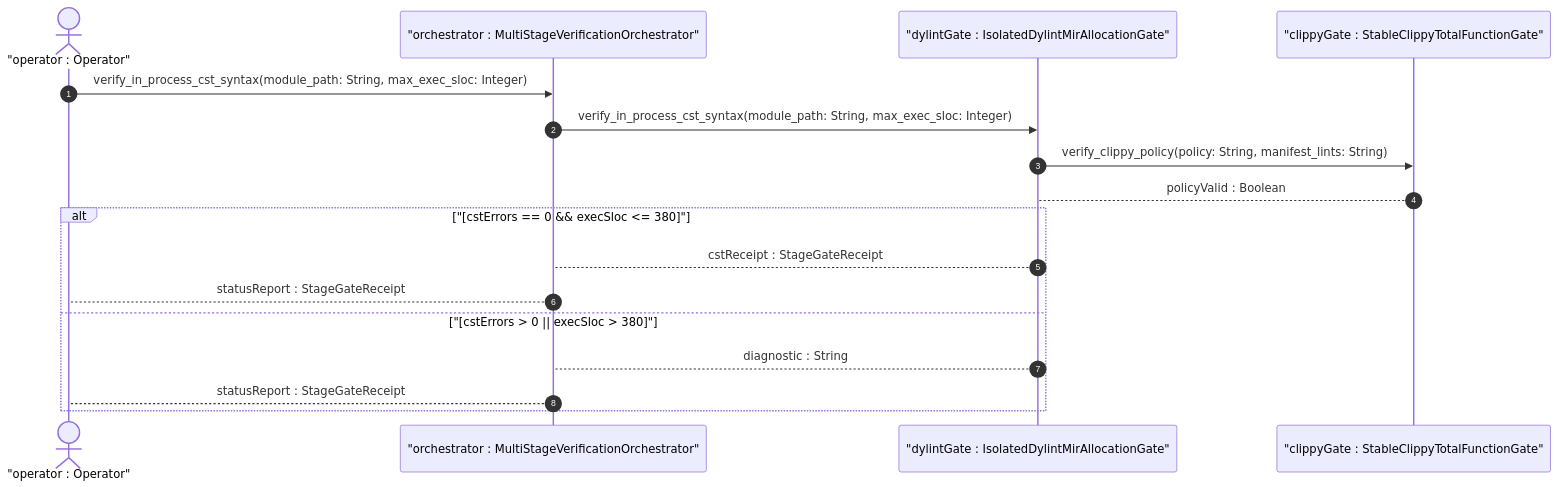
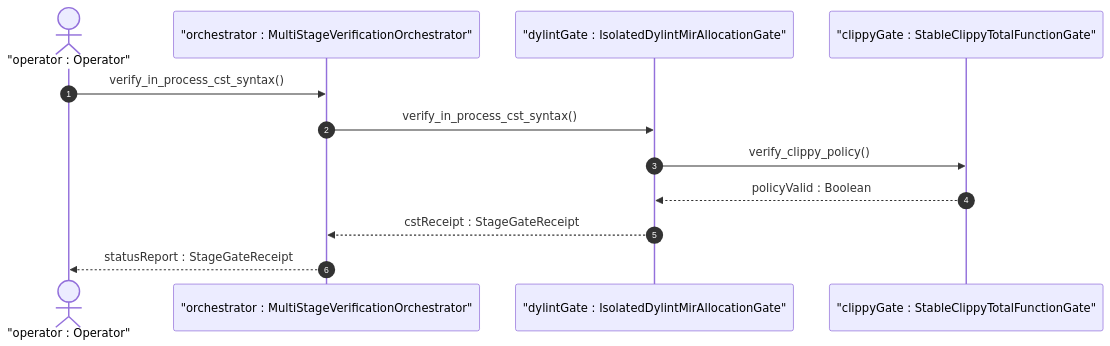
The first of 2 diagrams in .pipeline/upstream/docs/user-stories/US-62-verify_in_process_cst_syntax.md (gintatkinson/DEAP01-spec-core), drawn with Mermaid before and after one commit. The commit also changed other lines of this file and 88 other files, not shown here.

````diff
--- a/.pipeline/upstream/docs/user-stories/US-62-verify_in_process_cst_syntax.md
+++ b/.pipeline/upstream/docs/user-stories/US-62-verify_in_process_cst_syntax.md
@@ -38,19 +38,14 @@
 ```mermaid
 sequenceDiagram
     autonumber
     actor Operator as "operator : Operator"
     participant MultiStageVerificationOrchestrator as "orchestrator : MultiStageVerificationOrchestrator"
     participant IsolatedDylintMirAllocationGate as "dylintGate : IsolatedDylintMirAllocationGate"
     participant StableClippyTotalFunctionGate as "clippyGate : StableClippyTotalFunctionGate"
-    Operator->>MultiStageVerificationOrchestrator: verify_in_process_cst_syntax(module_path: String, max_exec_sloc: Integer)
-    MultiStageVerificationOrchestrator->>IsolatedDylintMirAllocationGate: verify_in_process_cst_syntax(module_path: String, max_exec_sloc: Integer)
-    IsolatedDylintMirAllocationGate->>StableClippyTotalFunctionGate: verify_clippy_policy(policy: String, manifest_lints: String)
-    StableClippyTotalFunctionGate-->IsolatedDylintMirAllocationGate: policyValid : Boolean
-    alt "[cstErrors == 0 && execSloc <= 380]"
-        IsolatedDylintMirAllocationGate-->MultiStageVerificationOrchestrator: cstReceipt : StageGateReceipt
-        MultiStageVerificationOrchestrator-->Operator: statusReport : StageGateReceipt
-    else "[cstErrors > 0 || execSloc > 380]"
-        IsolatedDylintMirAllocationGate-->MultiStageVerificationOrchestrator: diagnostic : String
-        MultiStageVerificationOrchestrator-->Operator: statusReport : StageGateReceipt
-    end
+    Operator->>MultiStageVerificationOrchestrator: verify_in_process_cst_syntax()
+    MultiStageVerificationOrchestrator->>IsolatedDylintMirAllocationGate: verify_in_process_cst_syntax()
+    IsolatedDylintMirAllocationGate->>StableClippyTotalFunctionGate: verify_clippy_policy()
+    StableClippyTotalFunctionGate-->>IsolatedDylintMirAllocationGate: policyValid : Boolean
+    IsolatedDylintMirAllocationGate-->>MultiStageVerificationOrchestrator: cstReceipt : StageGateReceipt
+    MultiStageVerificationOrchestrator-->>Operator: statusReport : StageGateReceipt
 ```
````
